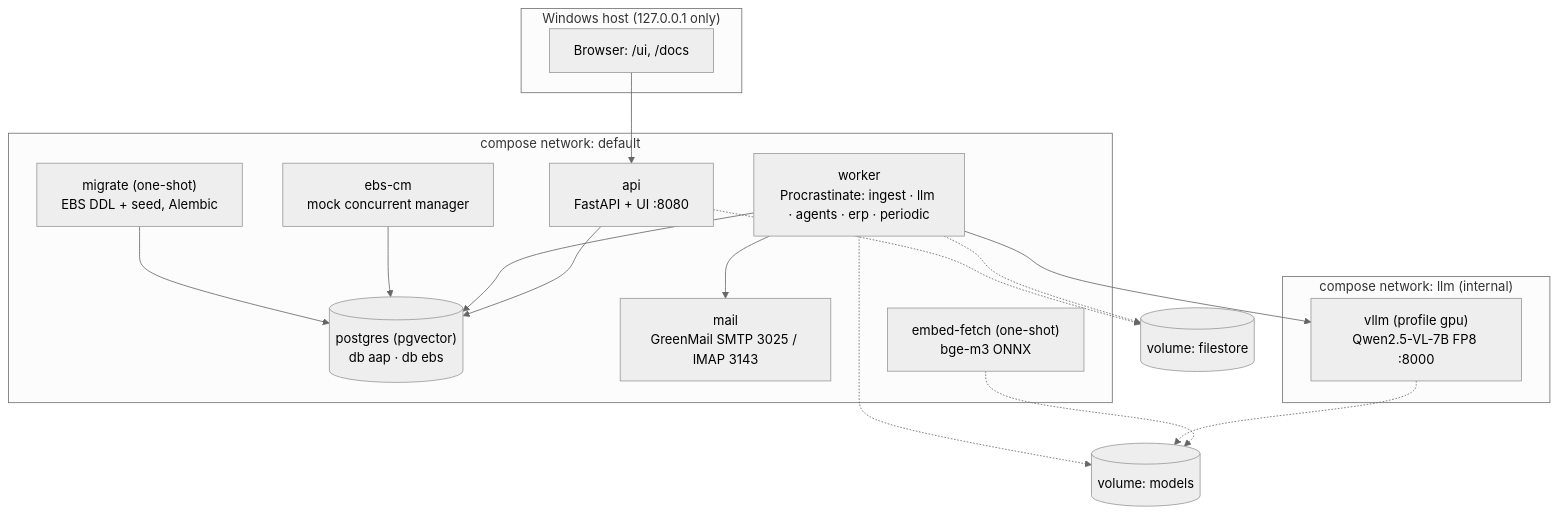
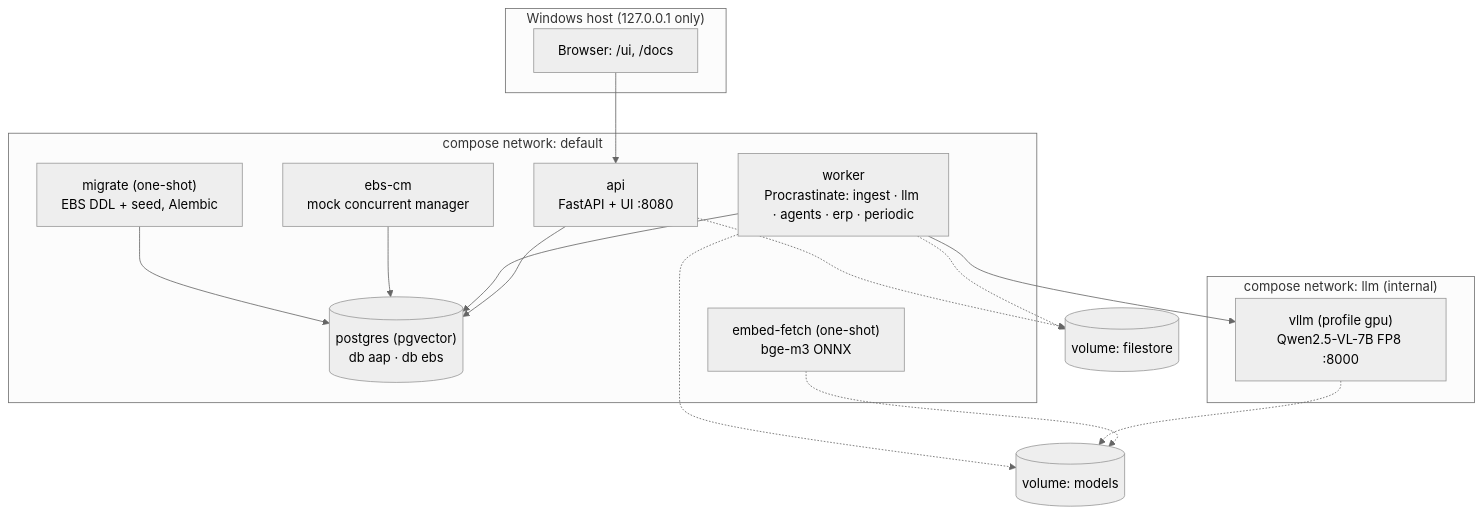
The second of 18 diagrams in docs/HOW-IT-WORKS.md (Ajinkya2101/AAP), drawn with Mermaid (neutral theme) before and after one commit. The commit also changed other lines of this file and 2 other files, not shown here.

````diff
--- a/docs/HOW-IT-WORKS.md
+++ b/docs/HOW-IT-WORKS.md
@@ -114,30 +110,28 @@
 ```mermaid
 flowchart TB
     subgraph host["Windows host (127.0.0.1 only)"]
         browser["Browser: /ui, /docs"]
     end
     subgraph netdefault["compose network: default"]
         api["api<br/>FastAPI + UI :8080"]
         worker["worker<br/>Procrastinate: ingest · llm · agents · erp · periodic"]
         ebscm["ebs-cm<br/>mock concurrent manager"]
         pg[("postgres (pgvector)<br/>db aap · db ebs")]
-        mailsrv["mail<br/>GreenMail SMTP 3025 / IMAP 3143"]
         migrate["migrate (one-shot)<br/>EBS DDL + seed, Alembic"]
         ef["embed-fetch (one-shot)<br/>bge-m3 ONNX"]
     end
     subgraph llmnet["compose network: llm (internal)"]
         vllm["vllm (profile gpu)<br/>Qwen2.5-VL-7B FP8 :8000"]
     end
     browser --> api
     api --> pg
     worker --> pg
-    worker --> mailsrv
     worker --> vllm
     ebscm --> pg
     migrate --> pg
     ef -.-> models[("volume: models")]
     vllm -.-> models
     worker -.-> models
     worker -.-> fs[("volume: filestore")]
     api -.-> fs
 ```
````
